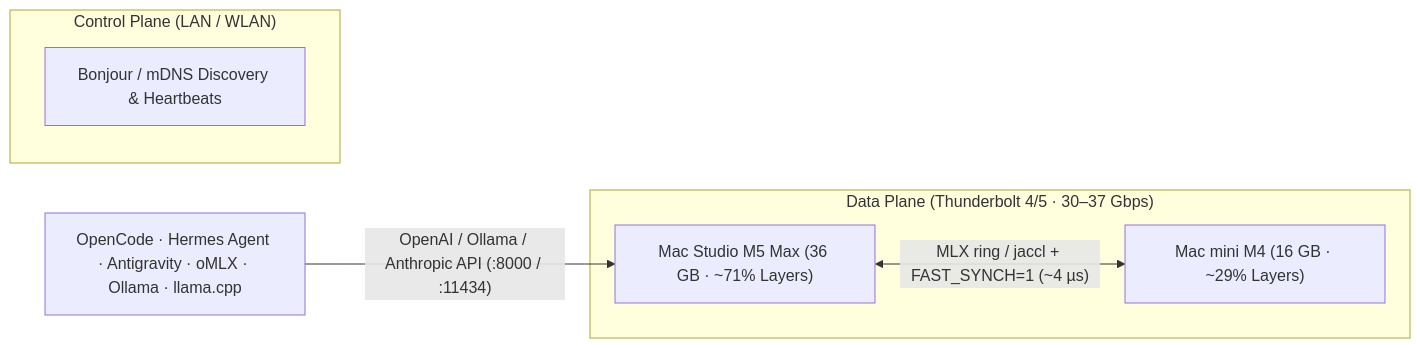
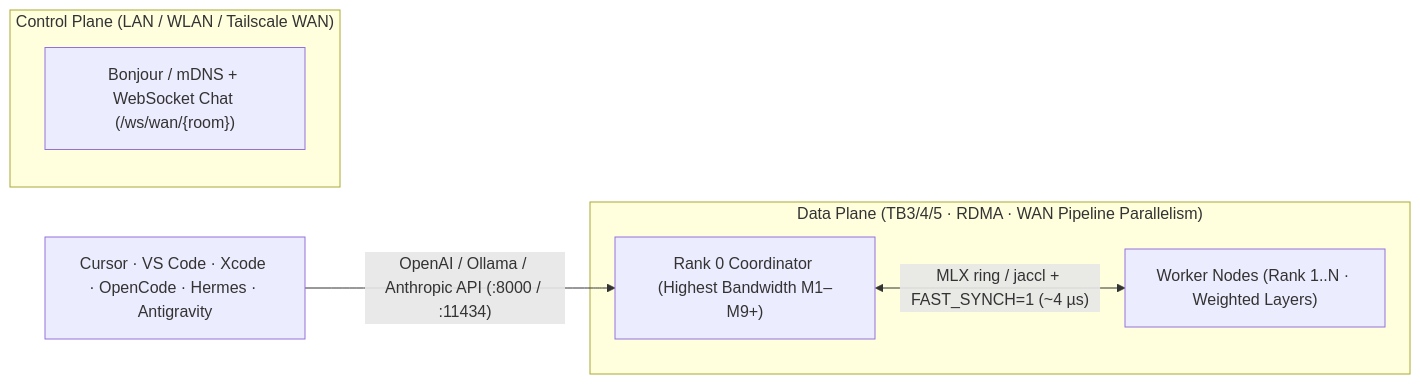
Before and after one commit to SonnerStudio/SonnerStudio-Cluster-Case-Companion: the diagram in README.md, drawn with Mermaid. The commit also changed other lines of this file and 7 other files, not shown here.

Commit message:
Update all 5 READMEs with Internet Cluster & Chat, Roofline, M1-M9+, and new promotional graphics

````diff
--- a/README.md
+++ b/README.md
@@ -38,10 +55,10 @@
 ```mermaid
 flowchart LR
-  Clients["OpenCode · Hermes Agent · Antigravity · oMLX · Ollama · llama.cpp"] -->|"OpenAI / Ollama / Anthropic API (:8000 / :11434)"| Studio
-  subgraph Control["Control Plane (LAN / WLAN)"]
-    Discovery["Bonjour / mDNS Discovery & Heartbeats"]
+  Clients["Cursor · VS Code · Xcode · OpenCode · Hermes · Antigravity"] -->|"OpenAI / Ollama / Anthropic API (:8000 / :11434)"| Rank0
+  subgraph Control["Control Plane (LAN / WLAN / Tailscale WAN)"]
+    Discovery["Bonjour / mDNS + WebSocket Chat (/ws/wan/{room})"]
   end
-  subgraph Data["Data Plane (Thunderbolt 4/5 · 30–37 Gbps)"]
-    Studio["Mac Studio M5 Max (36 GB · ~71% Layers)"] <-->|"MLX ring / jaccl + FAST_SYNCH=1 (~4 µs)"| Mini["Mac mini M4 (16 GB · ~29% Layers)"]
+  subgraph Data["Data Plane (TB3/4/5 · RDMA · WAN Pipeline Parallelism)"]
+    Rank0["Rank 0 Coordinator (Highest Bandwidth M1–M9+)"] <-->|"MLX ring / jaccl + FAST_SYNCH=1 (~4 µs)"| Workers["Worker Nodes (Rank 1..N · Weighted Layers)"]
   end
 ```
````
